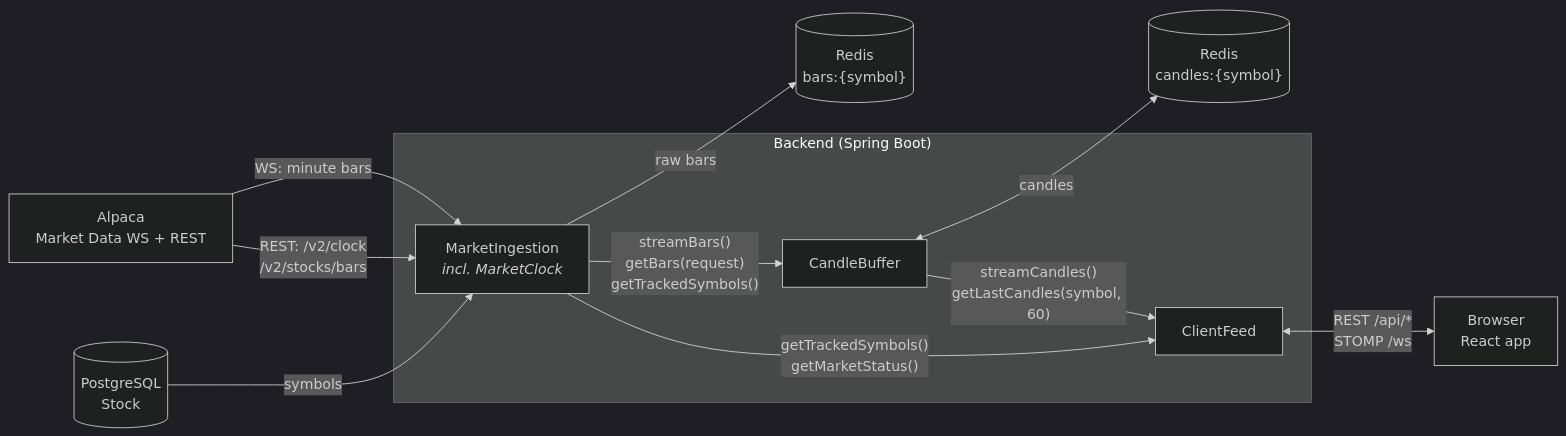
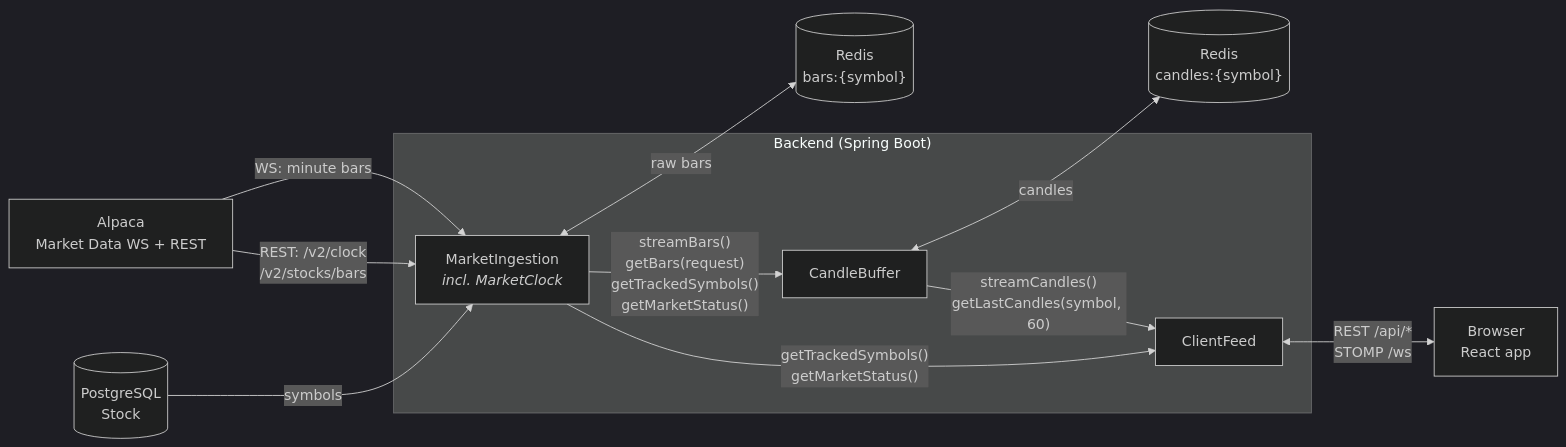
Before and after one commit to Gugau21/OMAN_finance: the first of 2 diagrams in docs/modular-architecture.md, drawn with Mermaid (dark theme). The commit also changed other lines of this file, not shown here.

````diff
--- a/docs/modular-architecture.md
+++ b/docs/modular-architecture.md
@@ -7,25 +7,25 @@
 ```mermaid
 flowchart LR
     alpaca["Alpaca<br/>Market Data WS + REST"]
     browser["Browser<br/>React app"]
     pg[("PostgreSQL<br/>Stock")]
     redisBars[("Redis<br/>bars:{symbol}")]
     redisCandles[("Redis<br/>candles:{symbol}")]
 
     subgraph backend["Backend (Spring Boot)"]
         ingestion["MarketIngestion<br/><i>incl. MarketClock</i>"]
         buffer["CandleBuffer"]
         feed["ClientFeed"]
     end
 
     alpaca -->|"WS: minute bars"| ingestion
     alpaca -->|"REST: /v2/clock<br/>/v2/stocks/bars"| ingestion
     pg -->|"symbols"| ingestion
-    ingestion -->|"raw bars"| redisBars
+    ingestion <-->|"raw bars"| redisBars
 
-    ingestion -->|"streamBars()<br/>getBars(request)<br/>getTrackedSymbols()"| buffer
+    ingestion -->|"streamBars()<br/>getBars(request)<br/>getTrackedSymbols()<br/>getMarketStatus()"| buffer
     buffer <-->|"candles"| redisCandles
     buffer -->|"streamCandles()<br/>getLastCandles(symbol, 60)"| feed
     ingestion -->|"getTrackedSymbols()<br/>getMarketStatus()"| feed
     feed <-->|"REST /api/*<br/>STOMP /ws"| browser
 ```
````
